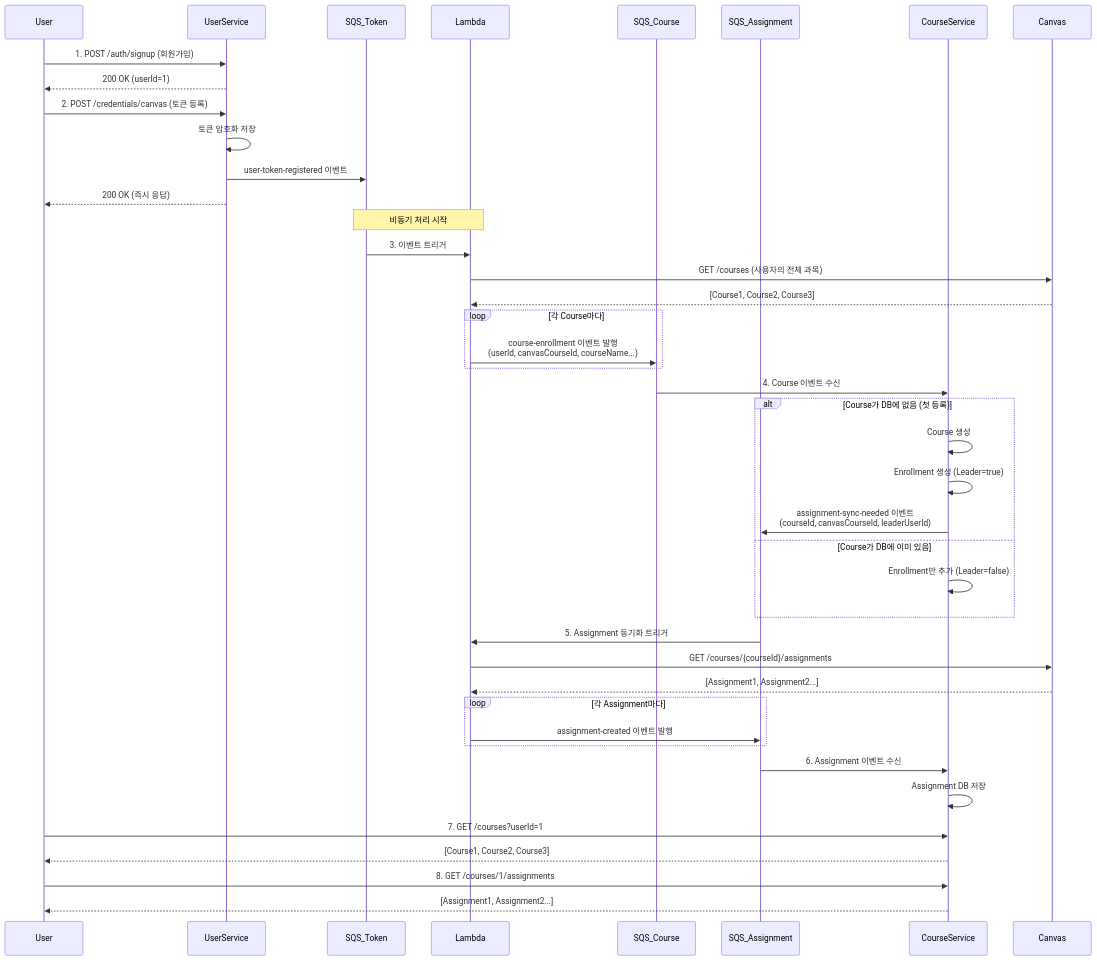
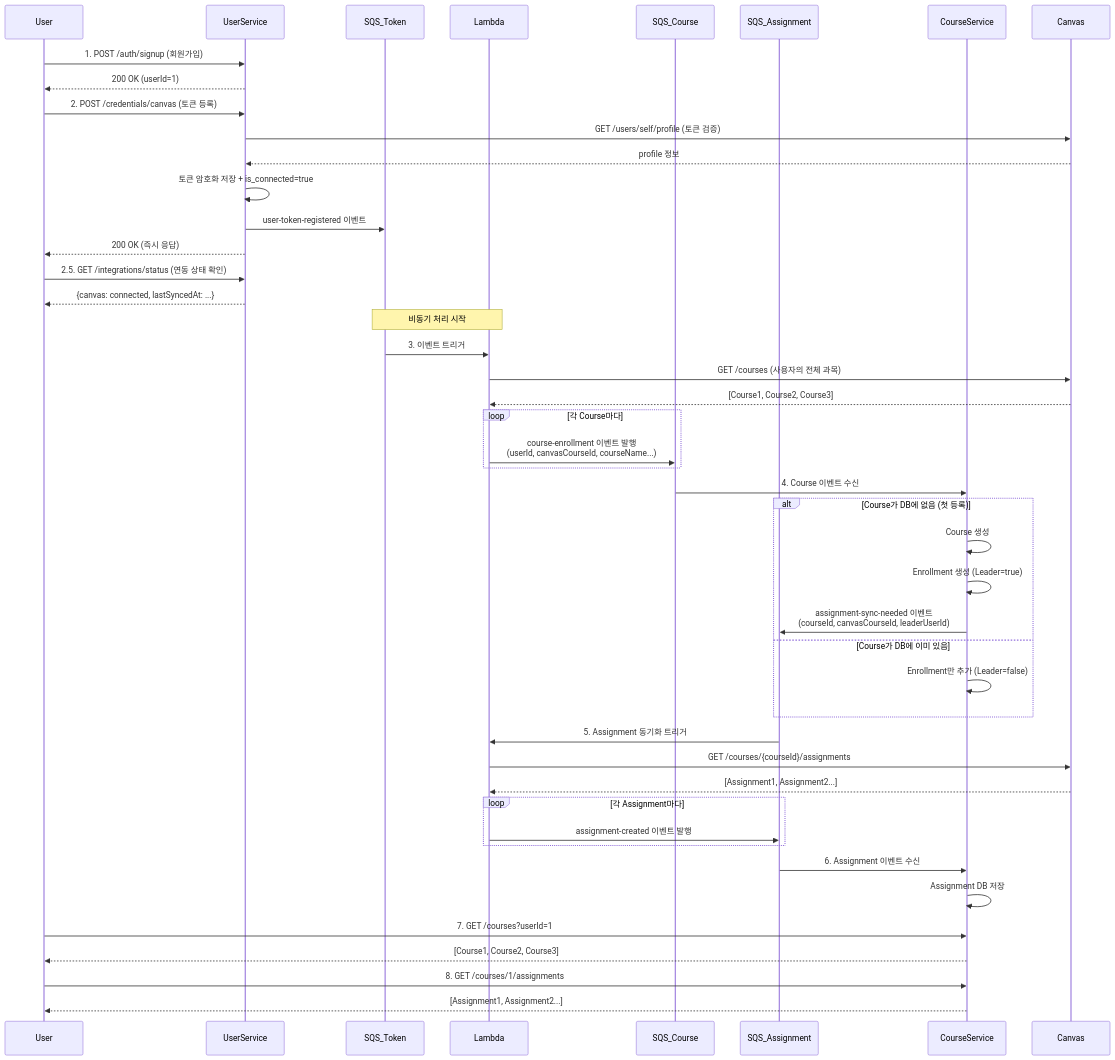
One commit to SolidCitadel/UniSync changed the diagram in E2E_IMPLEMENTATION_TODO.md. Above: the diagram before and after it, drawn with Mermaid. The commit also changed other lines of this file and 39 other files, not shown here.

````diff
--- a/E2E_IMPLEMENTATION_TODO.md
+++ b/E2E_IMPLEMENTATION_TODO.md
@@ -10,56 +10,61 @@
 ```mermaid
 sequenceDiagram
     participant User
     participant UserService
     participant SQS_Token
     participant Lambda
     participant SQS_Course
     participant SQS_Assignment
     participant CourseService
     participant Canvas
 
     User->>UserService: 1. POST /auth/signup (회원가입)
     UserService-->>User: 200 OK (userId=1)
 
     User->>UserService: 2. POST /credentials/canvas (토큰 등록)
-    UserService->>UserService: 토큰 암호화 저장
+    UserService->>Canvas: GET /users/self/profile (토큰 검증)
+    Canvas-->>UserService: profile 정보
+    UserService->>UserService: 토큰 암호화 저장 + is_connected=true
     UserService->>SQS_Token: user-token-registered 이벤트
     UserService-->>User: 200 OK (즉시 응답)
+
+    User->>UserService: 2.5. GET /integrations/status (연동 상태 확인)
+    UserService-->>User: {canvas: connected, lastSyncedAt: ...}
 
     Note over SQS_Token,Lambda: 비동기 처리 시작
 
     SQS_Token->>Lambda: 3. 이벤트 트리거
     Lambda->>Canvas: GET /courses (사용자의 전체 과목)
     Canvas-->>Lambda: [Course1, Course2, Course3]
 
     loop 각 Course마다
         Lambda->>SQS_Course: course-enrollment 이벤트 발행<br/>(userId, canvasCourseId, courseName...)
     end
 
     SQS_Course->>CourseService: 4. Course 이벤트 수신
 
     alt Course가 DB에 없음 (첫 등록)
         CourseService->>CourseService: Course 생성
         CourseService->>CourseService: Enrollment 생성 (Leader=true)
         CourseService->>SQS_Assignment: assignment-sync-needed 이벤트<br/>(courseId, canvasCourseId, leaderUserId)
     else Course가 DB에 이미 있음
         CourseService->>CourseService: Enrollment만 추가 (Leader=false)
     end
 
     SQS_Assignment->>Lambda: 5. Assignment 동기화 트리거
     Lambda->>Canvas: GET /courses/{courseId}/assignments
     Canvas-->>Lambda: [Assignment1, Assignment2...]
 
     loop 각 Assignment마다
         Lambda->>SQS_Assignment: assignment-created 이벤트 발행
     end
 
     SQS_Assignment->>CourseService: 6. Assignment 이벤트 수신
     CourseService->>CourseService: Assignment DB 저장
 
     User->>CourseService: 7. GET /courses?userId=1
     CourseService-->>User: [Course1, Course2, Course3]
 
     User->>CourseService: 8. GET /courses/1/assignments
     CourseService-->>User: [Assignment1, Assignment2...]
 ```
````
